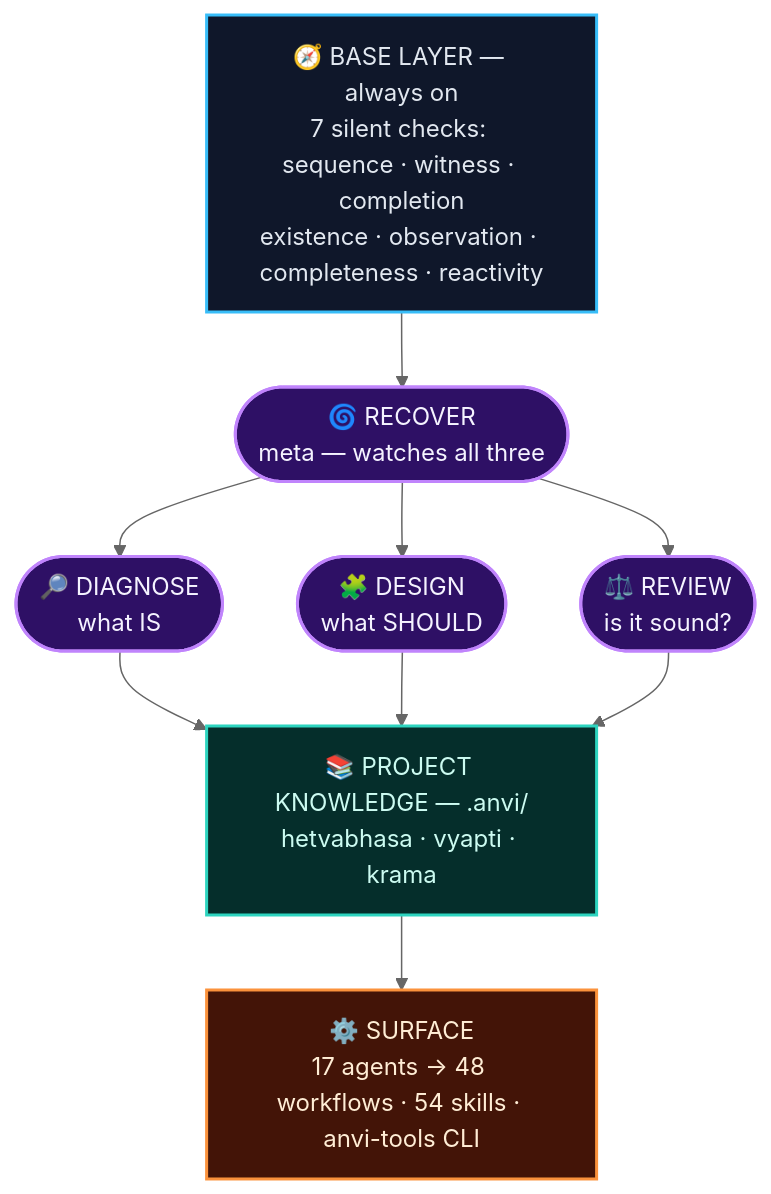
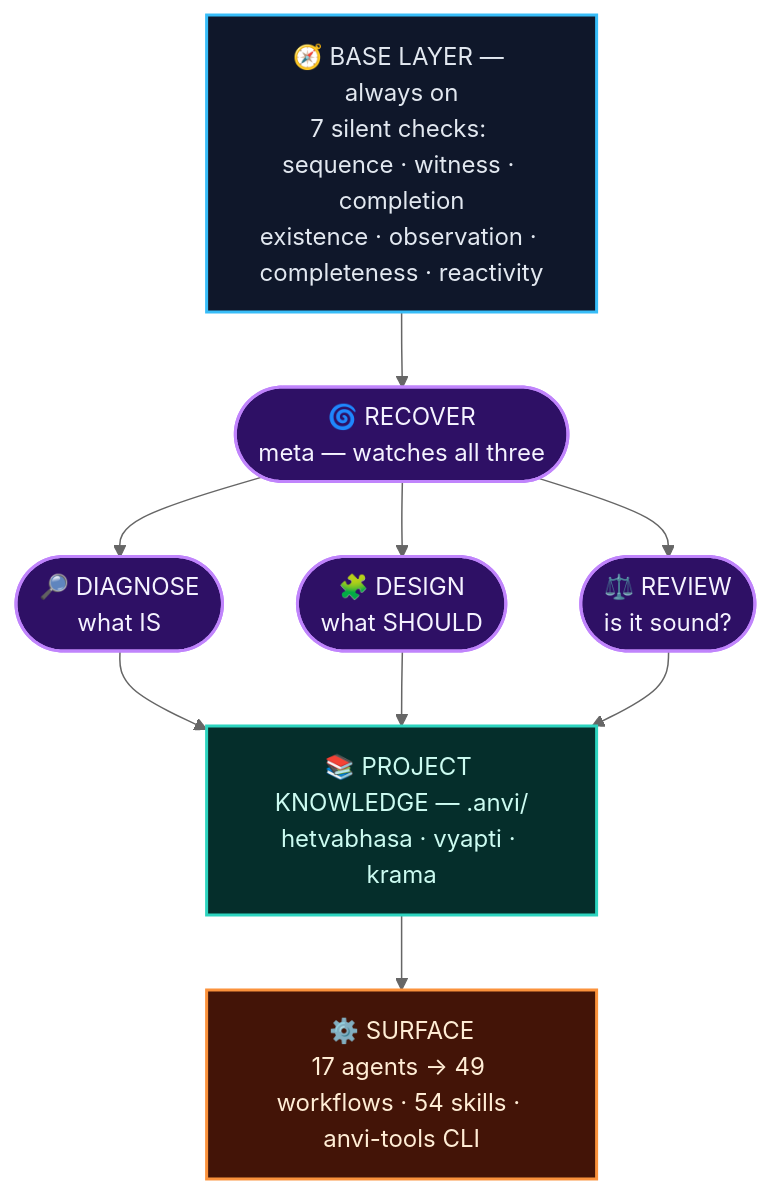
One commit to MrityunjayBhardwaj/anvi changed the first of 2 diagrams in README.md. Above: the diagram before and after it, drawn with Mermaid (neutral theme). The commit also changed 1 other file, not shown here.

Commit message:
🐛 fix: sess-wrap self-review — workflow count + multi-project routing
Problem: two gaps found reviewing the sess-wrap PR. (1) Adding
workflows/sess-wrap.md made the README's "48 workflows" stale. (2) The
workflow read as single-project, but a real session often spans several
projects (a framework fix plus a downstream project's catalogue).

Fix: bump README workflow count 48 -> 49; add a note in the workflow's paths
section that a session may span multiple projects and each learning routes to
its owning project's store, resolved independently via the shared resolver.

````diff
--- a/README.md
+++ b/README.md
@@ -39,24 +39,24 @@
 ```mermaid
 flowchart TD
     BASE["🧭 BASE LAYER — always on<br/>7 silent checks: sequence · witness · completion<br/>existence · observation · completeness · reactivity"]
     R(["🌀 RECOVER<br/>meta — watches all three"])
     D1(["🔎 DIAGNOSE<br/>what IS"])
     D2(["🧩 DESIGN<br/>what SHOULD"])
     D3(["⚖️ REVIEW<br/>is it sound?"])
     KNOW["📚 PROJECT KNOWLEDGE — .anvi/<br/>hetvabhasa · vyapti · krama"]
-    SURF["⚙️ SURFACE<br/>17 agents → 48 workflows · 54 skills · anvi-tools CLI"]
+    SURF["⚙️ SURFACE<br/>17 agents → 49 workflows · 54 skills · anvi-tools CLI"]
 
     BASE --> R
     R --> D1 & D2 & D3
     D1 & D2 & D3 --> KNOW
     KNOW --> SURF
 
     classDef base fill:#0f172a,stroke:#38bdf8,stroke-width:2px,color:#e2e8f0;
     classDef lens fill:#2e1065,stroke:#c084fc,stroke-width:2px,color:#f5f3ff;
     classDef know fill:#052e2b,stroke:#2dd4bf,stroke-width:2px,color:#ccfbf1;
     classDef surf fill:#431407,stroke:#fb923c,stroke-width:2px,color:#ffedd5;
     class BASE base;
     class R,D1,D2,D3 lens;
     class KNOW know;
     class SURF surf;
 ```
````
